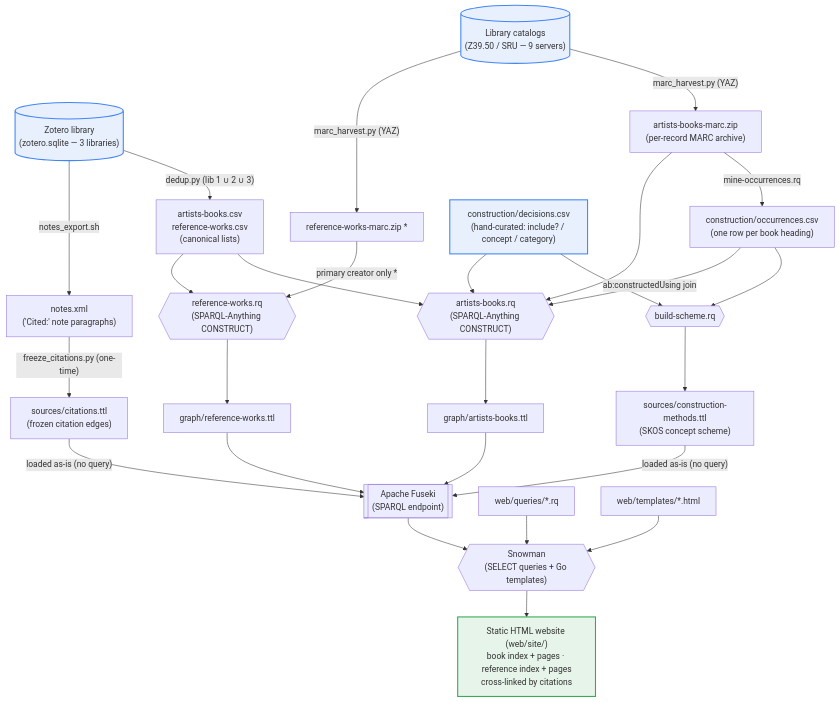
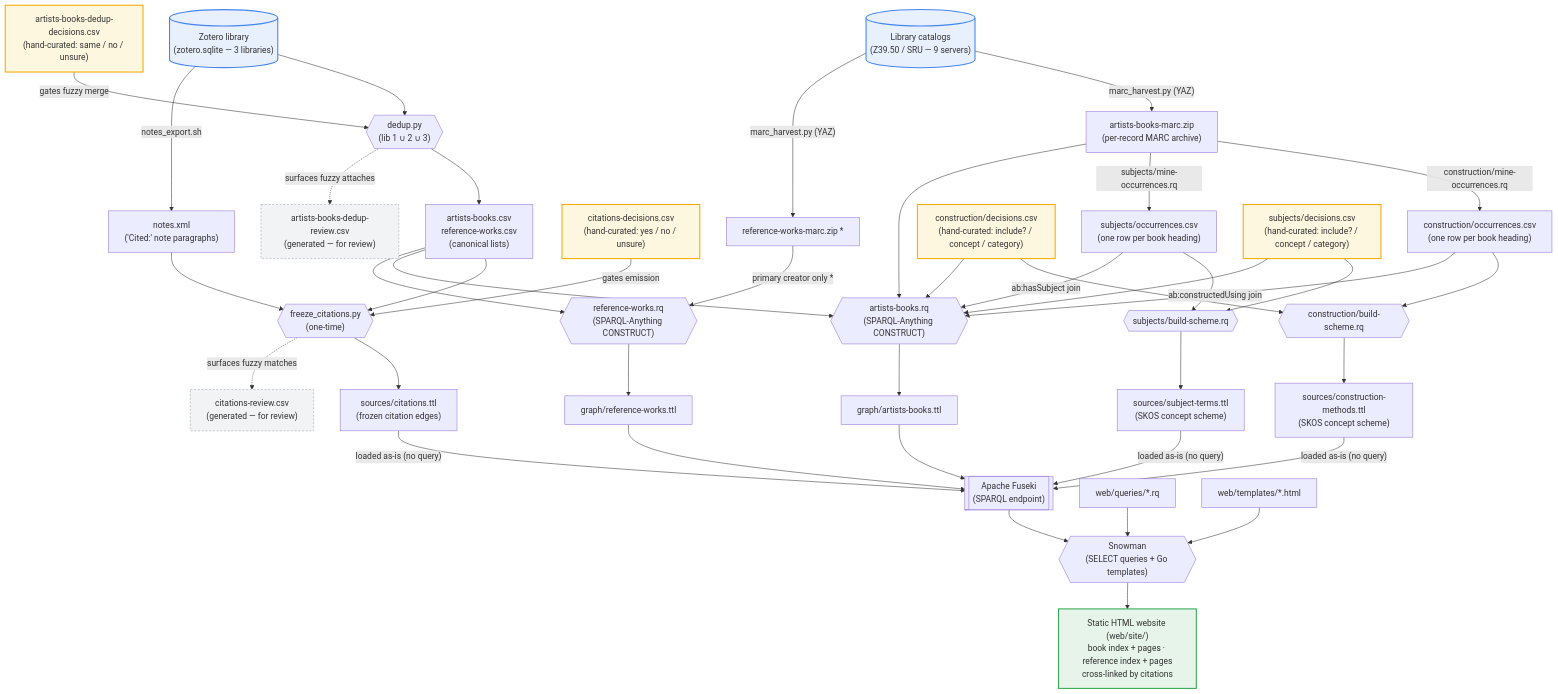
Before and after one commit to dkglab/artists-books: the diagram in docs/PIPELINE.md, drawn with Mermaid. The commit also changed other lines of this file and 1 other file, not shown here.

First line of the commit message:
docs: reflect the four hand-owned *-decisions.csv curation steps

````diff
--- a/docs/PIPELINE.md
+++ b/docs/PIPELINE.md
@@ -5,50 +9,71 @@
 ```mermaid
 flowchart TD
     %% ---- Inputs ----
     zotero[("Zotero library<br/>(zotero.sqlite — 3 libraries)")]
     catalogs[("Library catalogs<br/>(Z39.50 / SRU — 9 servers)")]
 
     %% ---- Stage 1: source extraction + one-time Phase-0 freeze (issue #82) ----
-    zotero -->|"dedup.py (lib 1 ∪ 2 ∪ 3)"| csvs["artists-books.csv<br/>reference-works.csv<br/>(canonical lists)"]
+    zotero --> dedup{{"dedup.py<br/>(lib 1 ∪ 2 ∪ 3)"}}
+    abddec["artists-books-dedup-decisions.csv<br/>(hand-curated: same / no / unsure)"] -->|"gates fuzzy merge"| dedup
+    dedup --> csvs["artists-books.csv<br/>reference-works.csv<br/>(canonical lists)"]
+    dedup -.->|"surfaces fuzzy attaches"| abdrev["artists-books-dedup-review.csv<br/>(generated — for review)"]
+
     zotero -->|"notes_export.sh"| notes["notes.xml<br/>('Cited:' note paragraphs)"]
-    notes -->|"freeze_citations.py (one-time)"| citttl["sources/citations.ttl<br/>(frozen citation edges)"]
+    notes --> freeze{{"freeze_citations.py<br/>(one-time)"}}
+    csvs --> freeze
+    citdec["citations-decisions.csv<br/>(hand-curated: yes / no / unsure)"] -->|"gates emission"| freeze
+    freeze --> citttl["sources/citations.ttl<br/>(frozen citation edges)"]
+    freeze -.->|"surfaces fuzzy matches"| citrev["citations-review.csv<br/>(generated — for review)"]
 
     catalogs -->|"marc_harvest.py (YAZ)"| marc["artists-books-marc.zip<br/>(per-record MARC archive)"]
     catalogs -->|"marc_harvest.py (YAZ)"| refmarc["reference-works-marc.zip *"]
 
     %% ---- Construction-methods SKOS vocabulary (mined from the book MARC) ----
-    marc -->|"mine-occurrences.rq"| cocc["construction/occurrences.csv<br/>(one row per book heading)"]
-    cocc --> cbuild{{"build-scheme.rq"}}
+    marc -->|"construction/mine-occurrences.rq"| cocc["construction/occurrences.csv<br/>(one row per book heading)"]
+    cocc --> cbuild{{"construction/build-scheme.rq"}}
     cdec["construction/decisions.csv<br/>(hand-curated: include? / concept / category)"] --> cbuild
     cbuild --> cmttl["sources/construction-methods.ttl<br/>(SKOS concept scheme)"]
+
+    %% ---- Subject-terms SKOS vocabulary (mined from the book MARC) ----
+    marc -->|"subjects/mine-occurrences.rq"| socc["subjects/occurrences.csv<br/>(one row per book heading)"]
+    socc --> sbuild{{"subjects/build-scheme.rq"}}
+    sdec["subjects/decisions.csv<br/>(hand-curated: include? / concept / category)"] --> sbuild
+    sbuild --> smttl["sources/subject-terms.ttl<br/>(SKOS concept scheme)"]
 
     %% ---- Stage 2: CONSTRUCT queries (SPARQL-Anything) ----
     csvs --> abrq{{"artists-books.rq<br/>(SPARQL-Anything CONSTRUCT)"}}
     marc --> abrq
     cocc -->|"ab:constructedUsing join"| abrq
     cdec --> abrq
+    socc -->|"ab:hasSubject join"| abrq
+    sdec --> abrq
     csvs --> refrq{{"reference-works.rq<br/>(SPARQL-Anything CONSTRUCT)"}}
     refmarc -->|"primary creator only *"| refrq
 
     abrq --> abttl["graph/artists-books.ttl"]
     refrq --> refttl["graph/reference-works.ttl"]
 
     %% ---- Stage 3: graph store ----
     abttl --> fuseki[["Apache Fuseki<br/>(SPARQL endpoint)"]]
     refttl --> fuseki
     citttl -->|"loaded as-is (no query)"| fuseki
     cmttl -->|"loaded as-is (no query)"| fuseki
+    smttl -->|"loaded as-is (no query)"| fuseki
 
     %% ---- Stage 4: site generation ----
     fuseki --> snowman{{"Snowman<br/>(SELECT queries + Go templates)"}}
     selects["web/queries/*.rq"] --> snowman
     templates["web/templates/*.html"] --> snowman
 
     %% ---- Output ----
     snowman --> site["Static HTML website (web/site/)<br/>book index + pages · reference index + pages<br/>cross-linked by citations"]
 
     classDef input fill:#e8f0fe,stroke:#4285f4,stroke-width:2px;
     classDef output fill:#e6f4ea,stroke:#34a853,stroke-width:2px;
-    class zotero,catalogs,cdec input;
+    classDef curation fill:#fef7e0,stroke:#f9ab00,stroke-width:2px;
+    classDef review fill:#f1f3f4,stroke:#9aa0a6,stroke-width:1px,stroke-dasharray:4 3;
+    class zotero,catalogs input;
+    class abddec,citdec,cdec,sdec curation;
+    class abdrev,citrev review;
     class site output;
 ```
````
